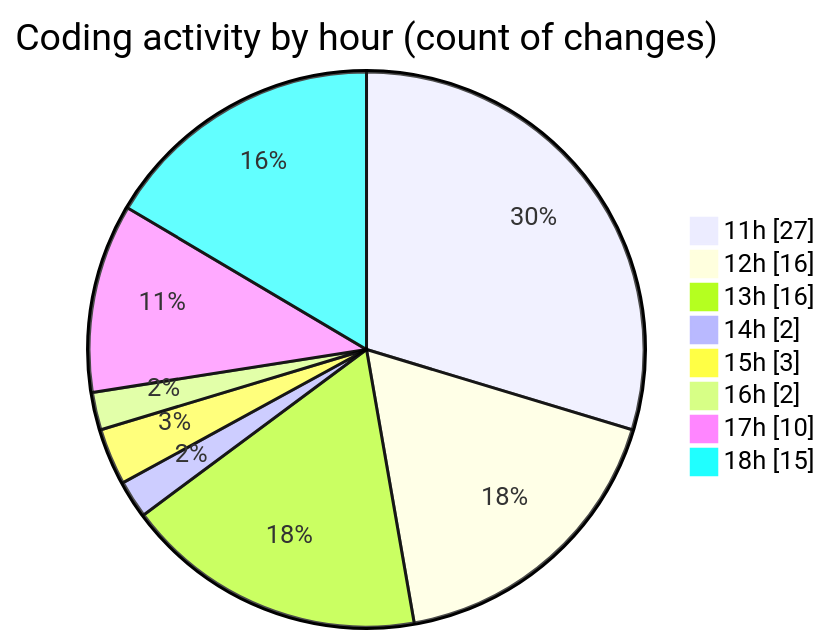
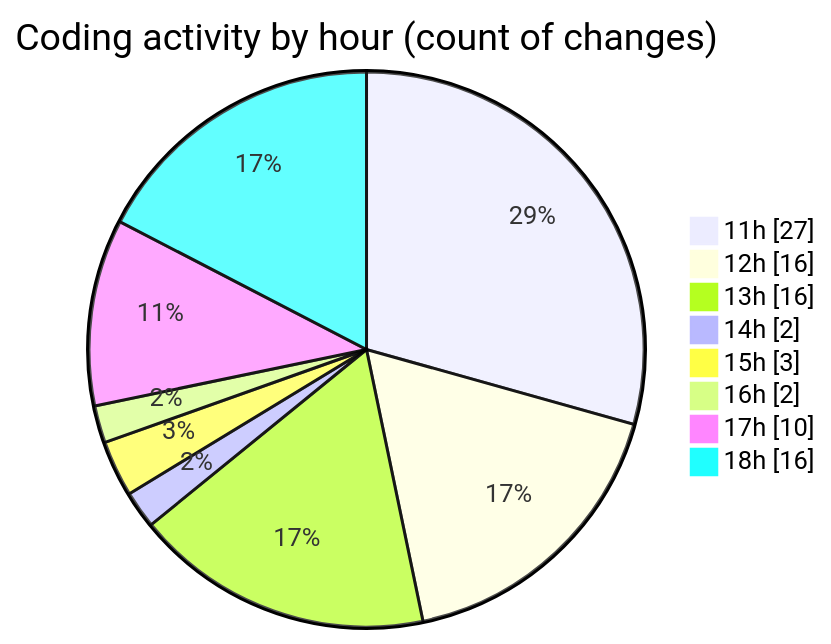
The second of 2 diagrams in 2025-04-18/myws__workspace_/README.md (MatusMokan/code-tracking), drawn with Mermaid before and after one commit. The commit also changed other lines of this file and 1 other file, not shown here.

````diff
--- a/2025-04-18/myws__workspace_/README.md
+++ b/2025-04-18/myws__workspace_/README.md
@@ -33,12 +33,12 @@
 ```mermaid
 pie showData
 title Coding activity by hour (count of changes)
 "11h" : 27
 "12h" : 16
 "13h" : 16
 "14h" : 2
 "15h" : 3
 "16h" : 2
 "17h" : 10
-"18h" : 15
+"18h" : 16
 ```
````
